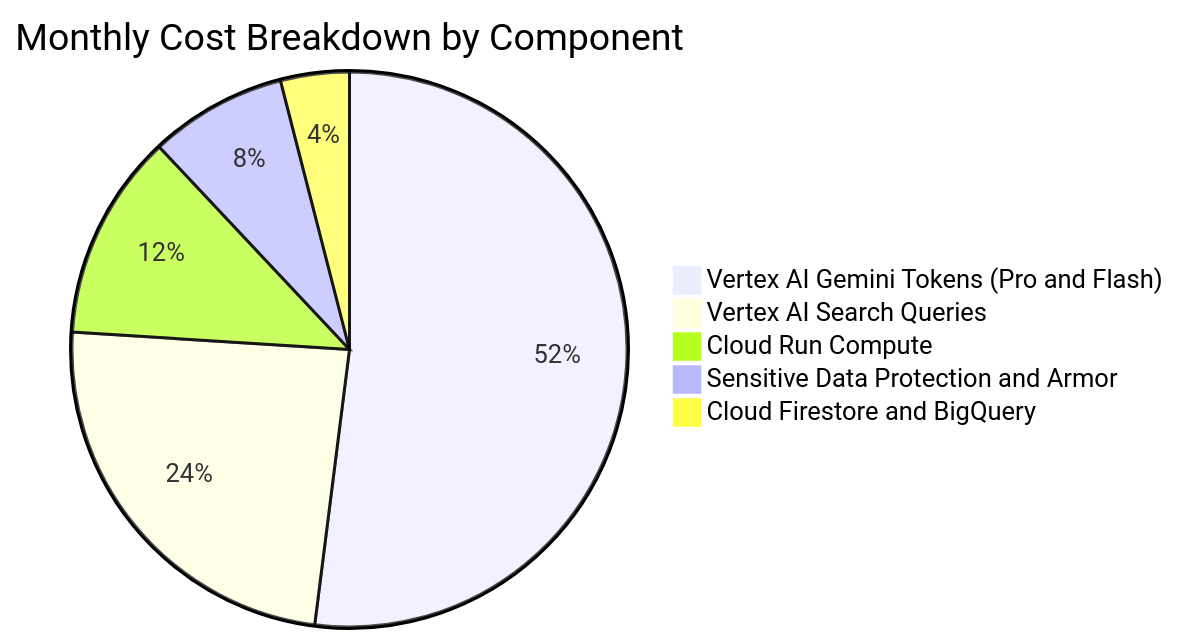
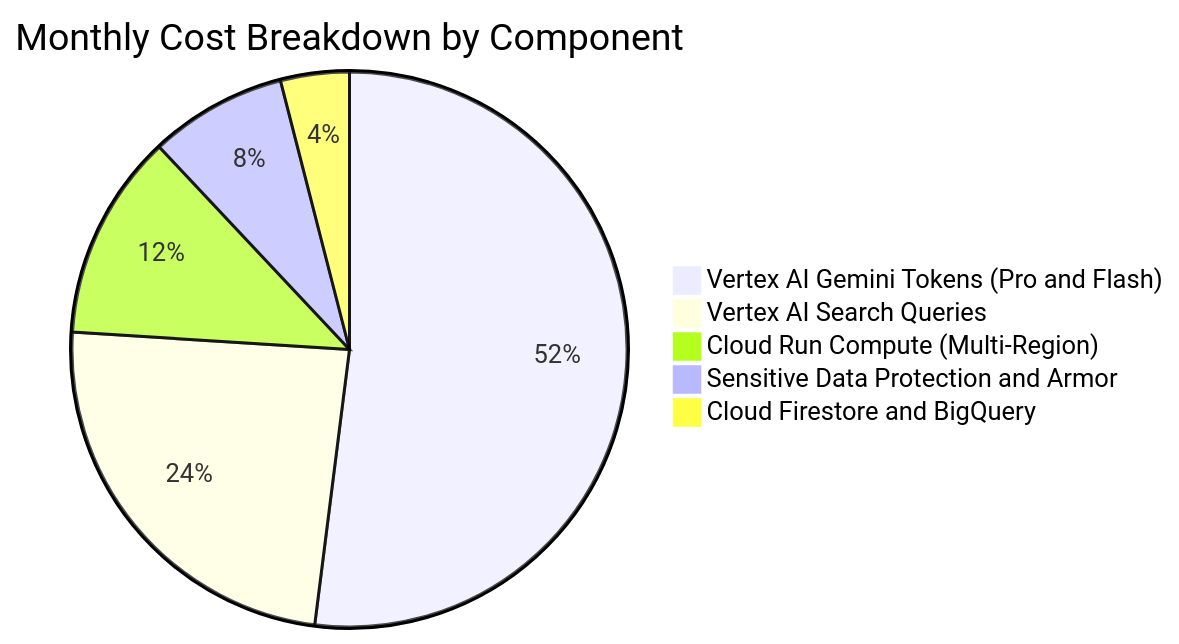
Diagram 11 of 13 in Enterprise Agentic Solution Design Document - MVP 1.md (randyh0329/PRJ-ELEVATE-C1-G5), drawn with Mermaid before and after one commit. The commit also changed other lines of this file, not shown here.

````diff
--- a/Enterprise Agentic Solution Design Document - MVP 1.md
+++ b/Enterprise Agentic Solution Design Document - MVP 1.md
@@ -443,8 +518,8 @@
 ```mermaid
 pie title Monthly Cost Breakdown by Component
     "Vertex AI Gemini Tokens (Pro and Flash)" : 52
     "Vertex AI Search Queries" : 24
-    "Cloud Run Compute" : 12
+    "Cloud Run Compute (Multi-Region)" : 12
     "Sensitive Data Protection and Armor" : 8
     "Cloud Firestore and BigQuery" : 4
 ```
````
